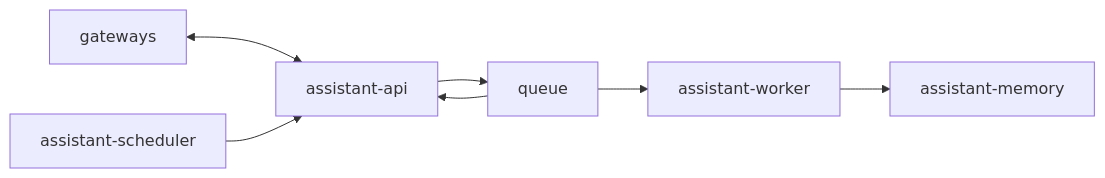
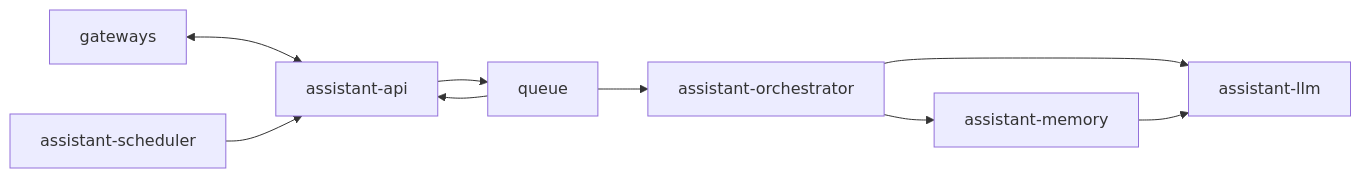
Before and after one commit to vinitu/my-concierge: the diagram in docs/services/assistant.md, drawn with Mermaid. The commit also changed other lines of this file and 195 other files, not shown here.

First line of the commit message:
refactor: update application modules and remove assistant-worker

````diff
--- a/docs/services/assistant.md
+++ b/docs/services/assistant.md
@@ -19,9 +20,11 @@
 ```mermaid
 flowchart LR
     GW["gateways"] <--> API["assistant-api"]
     Scheduler["assistant-scheduler"] --> API
     API --> Q["queue"]
-    Q --> Worker["assistant-worker"]
+    Q --> Worker["assistant-orchestrator"]
     Q --> API
+    Worker --> LLM["assistant-llm"]
     Worker --> Memory["assistant-memory"]
+    Memory --> LLM
 ```
````
